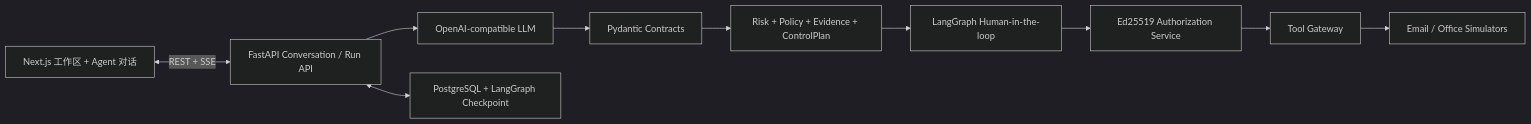
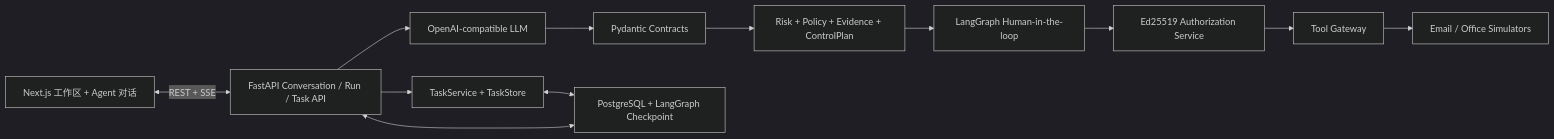
The diagram in README.md (Dickey007s/lenovo_agent), drawn with Mermaid (dark theme) before and after one commit. The commit also changed other lines of this file and 13 other files, not shown here.

````diff
--- a/README.md
+++ b/README.md
@@ -60,23 +70,26 @@
 ```mermaid
 flowchart LR
     UI["Next.js 工作区 + Agent 对话"]
-    API["FastAPI Conversation / Run API"]
+    API["FastAPI Conversation / Run / Task API"]
+    TASK["TaskService + TaskStore"]
     LLM["OpenAI-compatible LLM"]
     CONTRACT["Pydantic Contracts"]
     GOVERN["Risk + Policy + Evidence + ControlPlan"]
     GRAPH["LangGraph Human-in-the-loop"]
     AUTH["Ed25519 Authorization Service"]
     GATEWAY["Tool Gateway"]
     SIM["Email / Office Simulators"]
     PG["PostgreSQL + LangGraph Checkpoint"]
 
     UI <-->|"REST + SSE"| API
+    API --> TASK
+    TASK <--> PG
     API --> LLM
     LLM --> CONTRACT
     CONTRACT --> GOVERN
     GOVERN --> GRAPH
     GRAPH --> AUTH
     AUTH --> GATEWAY
     GATEWAY --> SIM
     API <--> PG
 ```
````
